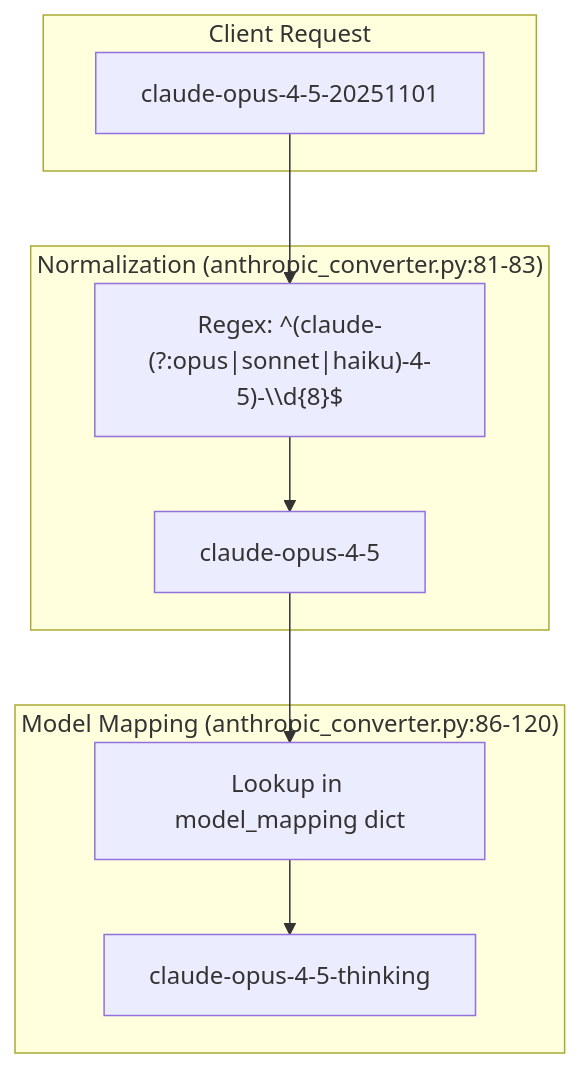
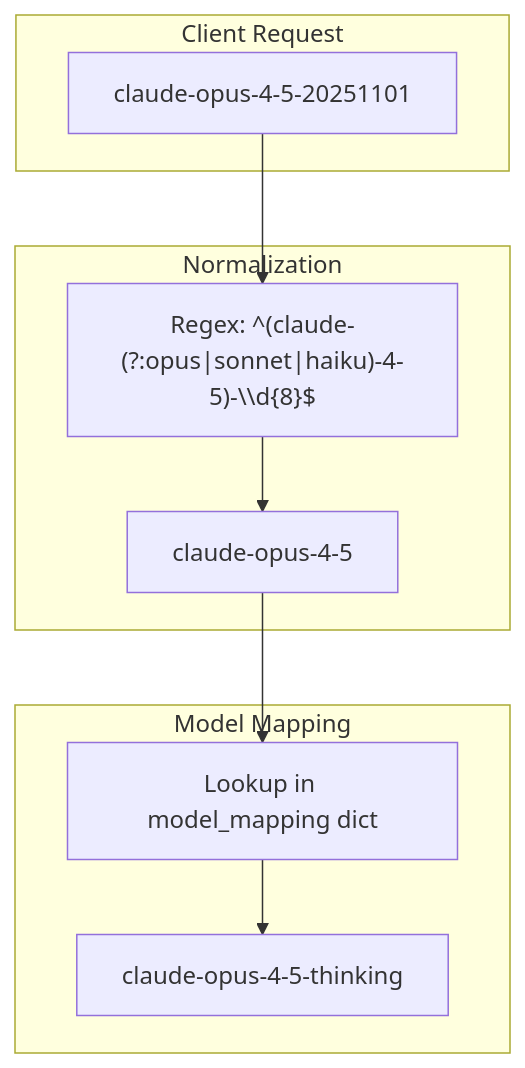
Before and after one commit to NikkeTryHard/gcli2api: the fourth of 7 diagrams in README.md, drawn with Mermaid. The commit also changed other lines of this file, not shown here.

````diff
--- a/README.md
+++ b/README.md
@@ -315,18 +317,18 @@
 ```mermaid
 flowchart TD
     subgraph Input["Client Request"]
         CM["claude-opus-4-5-20251101"]
     end
 
-    subgraph Normalize["Normalization (anthropic_converter.py:81-83)"]
+    subgraph Normalize["Normalization"]
         RE["Regex: ^(claude-(?:opus|sonnet|haiku)-4-5)-\\d{8}$"]
         BASE["claude-opus-4-5"]
     end
 
-    subgraph Map["Model Mapping (anthropic_converter.py:86-120)"]
+    subgraph Map["Model Mapping"]
         LOOKUP["Lookup in model_mapping dict"]
         RESULT["claude-opus-4-5-thinking"]
     end
 
     CM --> RE --> BASE --> LOOKUP --> RESULT
 ```
````
